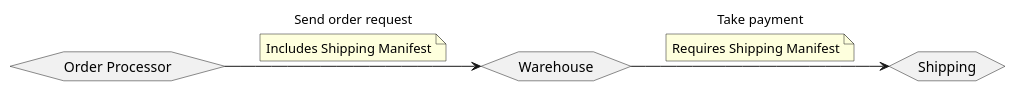
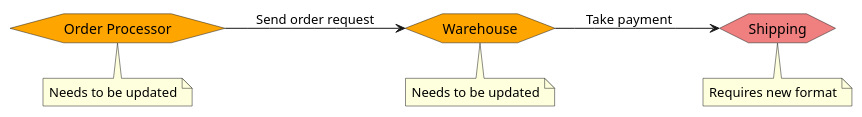
One commit to grierson/books changed the fifth of 12 diagrams in BuildingMicroservices2nd/02.adoc. Above: the diagram before and after it, drawn with PlantUML. The commit also changed other lines of this file and 1 other file, not shown here.

```diff
--- a/BuildingMicroservices2nd/02.adoc
+++ b/BuildingMicroservices2nd/02.adoc
@@ -98,19 +123,27 @@
 [plantuml]
 ----
 @startuml
 left to right direction
 
-hexagon Order as "Order Processor"
-hexagon Warehouse
-hexagon Shipping
+hexagon Order as "Order Processor" #orange
+hexagon Warehouse #orange
+hexagon Shipping #lightcoral
+
 
 Order --> Warehouse : Send order request
-note on link
-    Includes Shipping Manifest
+
+note bottom of Order
+    Needs to be updated
 end note
+
 Warehouse --> Shipping : Take payment
-note on link
-    Requires Shipping Manifest
+
+note bottom of Warehouse
+    Needs to be updated
+end note
+
+note bottom of Shipping
+    Requires new format
 end note
 @enduml
 ----
```
